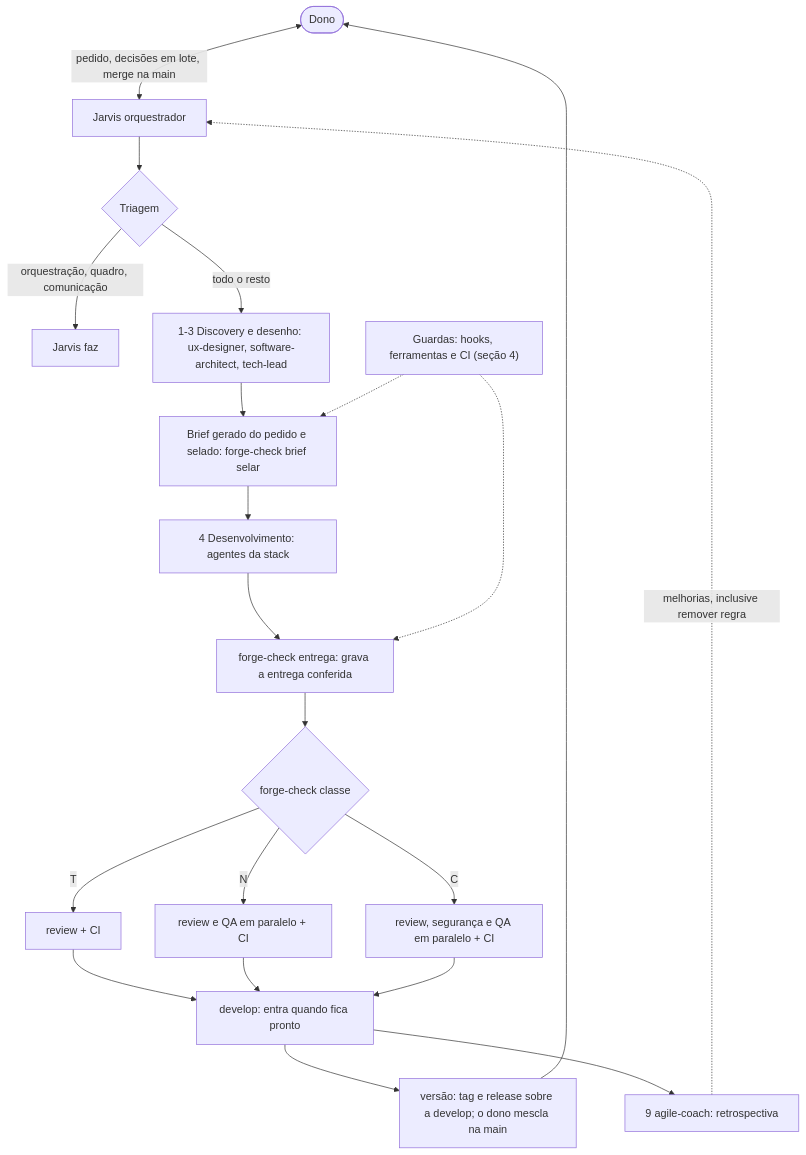
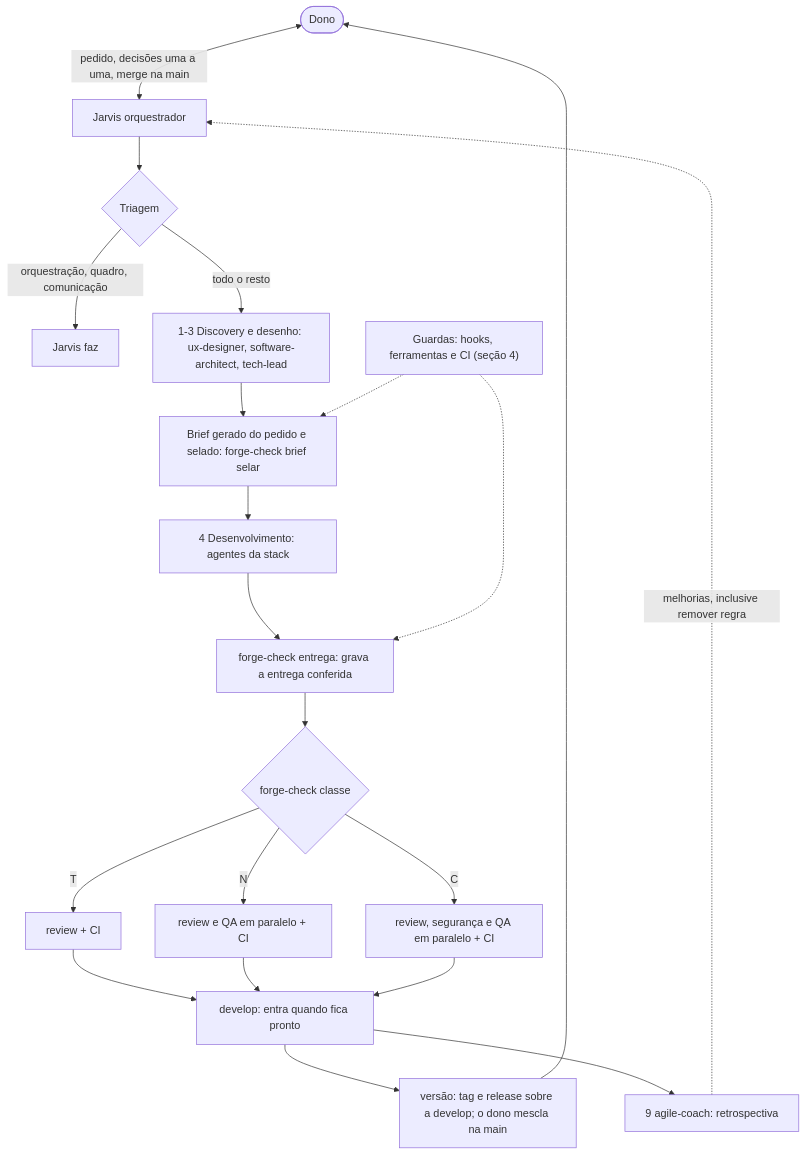
The first of 2 diagrams in docs/visao-geral.md (rodrigo-isensee/Forge), drawn with Mermaid before and after one commit. The commit also changed other lines of this file and 8 other files, not shown here.

````diff
--- a/docs/visao-geral.md
+++ b/docs/visao-geral.md
@@ -11,23 +11,23 @@
 ```mermaid
 flowchart TB
-  U([Dono]) <-->|pedido, decisões em lote, merge na main| J[Jarvis orquestrador]
+  U([Dono]) <-->|pedido, decisões uma a uma, merge na main| J[Jarvis orquestrador]
   J --> T{Triagem}
   T -->|orquestração, quadro, comunicação| F[Jarvis faz]
   T -->|todo o resto| D["1-3 Discovery e desenho: ux-designer, software-architect, tech-lead"]
   D --> B["Brief gerado do pedido e selado: forge-check brief selar"]
   B --> V["4 Desenvolvimento: agentes da stack"]
   V --> E["forge-check entrega: grava a entrega conferida"]
   E --> C{"forge-check classe"}
   C -->|T| G1["review + CI"]
   C -->|N| G2["review e QA em paralelo + CI"]
   C -->|C| G3["review, segurança e QA em paralelo + CI"]
   G1 --> DV["develop: entra quando fica pronto"]
   G2 --> DV
   G3 --> DV
   DV --> REL["versão: tag e release sobre a develop; o dono mescla na main"]
   REL --> U
   DV --> AC["9 agile-coach: retrospectiva"]
   AC -.->|melhorias, inclusive remover regra| J
   H["Guardas: hooks, ferramentas e CI (seção 4)"] -.-> B
   H -.-> E
 ```
````
